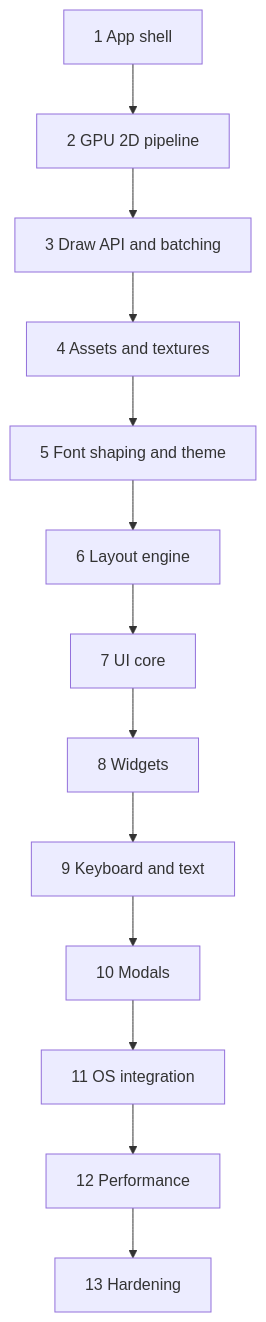
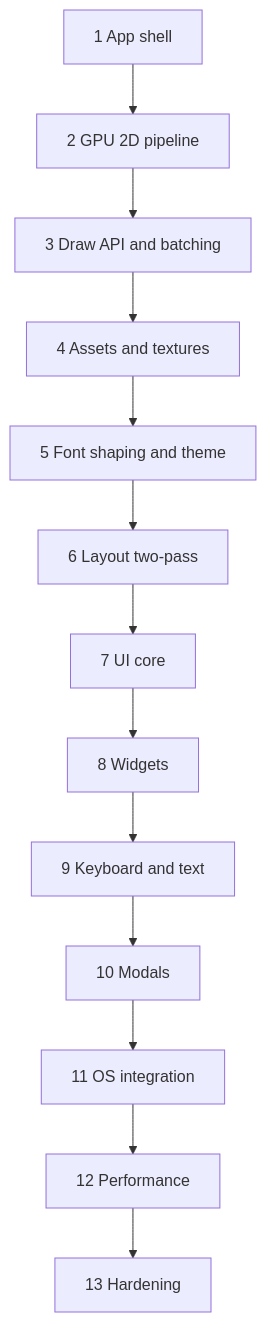
One commit to otissv/oni changed the diagram in desktop.md. Above: the diagram before and after it, drawn with Mermaid. The commit also changed other lines of this file and 7 other files, not shown here.

````diff
--- a/desktop.md
+++ b/desktop.md
@@ -637,20 +720,20 @@
 ```mermaid
 flowchart TD
     S1[1 App shell]
     S2[2 GPU 2D pipeline]
     S3[3 Draw API and batching]
     S4[4 Assets and textures]
     S5[5 Font shaping and theme]
-    S6[6 Layout engine]
+    S6[6 Layout two-pass]
     S7[7 UI core]
     S8[8 Widgets]
     S9[9 Keyboard and text]
     S10[10 Modals]
     S11[11 OS integration]
     S12[12 Performance]
     S13[13 Hardening]
 
     S1 --> S2 --> S3 --> S4
     S4 --> S5 --> S6 --> S7 --> S8
     S8 --> S9 --> S10 --> S11 --> S12 --> S13
 ```
````
